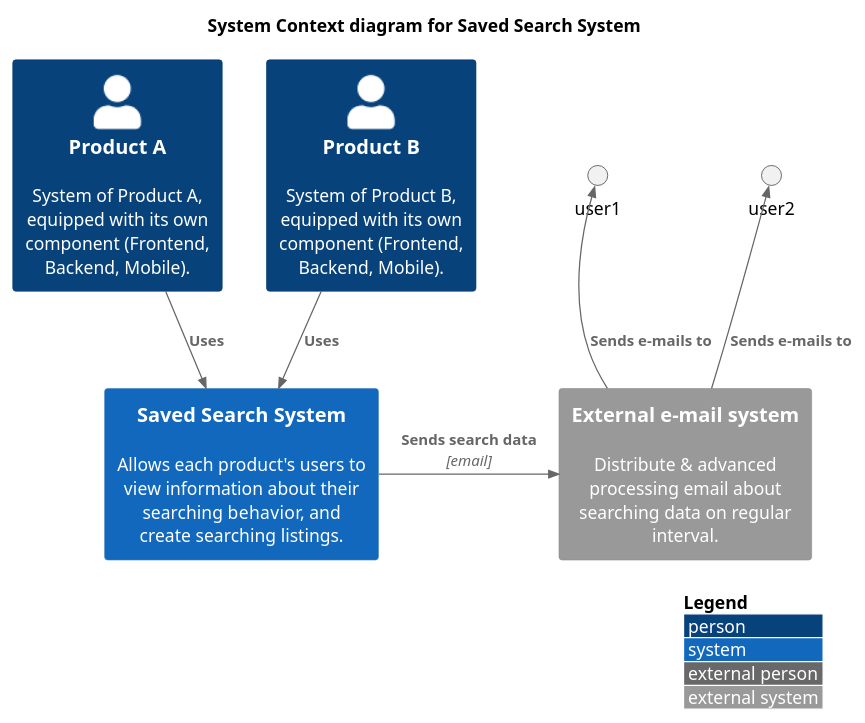
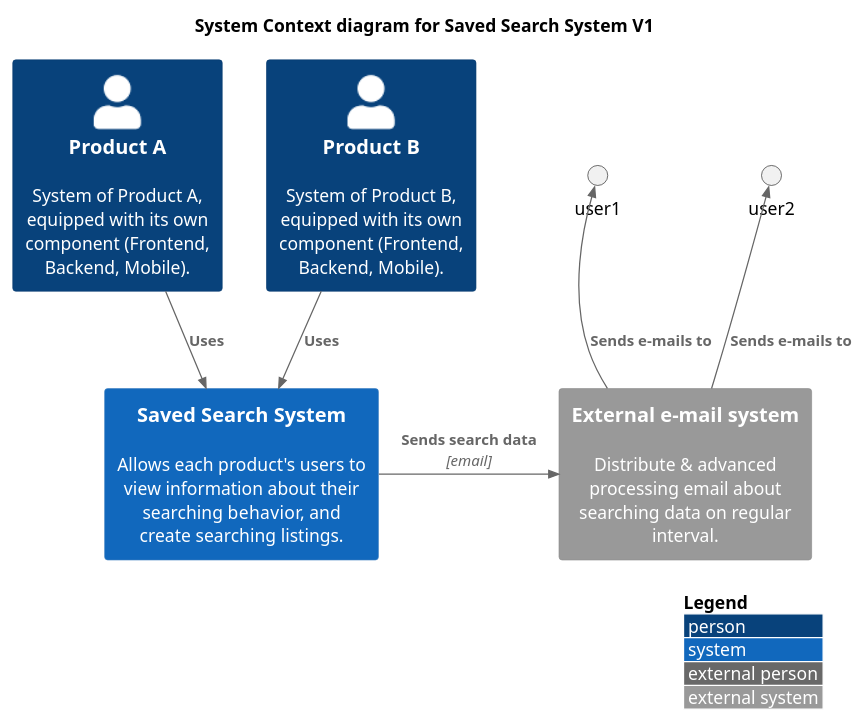
One commit to djiwandou/scaleup changed the diagram in figures/system-contextv1.puml. Above: the diagram before and after it, drawn with PlantUML. The commit also changed 2 other files, not shown here.

Commit message:
Graph: Add version to the context diagram

```diff
--- a/figures/system-contextv1.puml
+++ b/figures/system-contextv1.puml
@@ -1,20 +1,20 @@
 @startuml
 '!include https://raw.githubusercontent.com/plantuml-stdlib/C4-PlantUML/master/C4_Context.puml
 ' uncomment the following line and comment the first to use locally
  !include C4_Context.puml
 
 LAYOUT_WITH_LEGEND()
 
-title System Context diagram for Saved Search System
+title System Context diagram for Saved Search System V1
 
 Person(product1, "Product A", "System of Product A, equipped with its own component (Frontend, Backend, Mobile).")
 Person(product2, "Product B", "System of Product B, equipped with its own component (Frontend, Backend, Mobile).")
 System(saved_search_system, "Saved Search System", "Allows each product's users to view information about their searching behavior, and create searching listings.")
 
 System_Ext(mail_system, "External e-mail system", "Distribute & advanced processing email about searching data on regular interval.")
 Rel(product1, saved_search_system, "Uses")
 Rel(product2, saved_search_system, "Uses")
 Rel_Back(user1, mail_system, "Sends e-mails to")
 Rel_Back(user2, mail_system, "Sends e-mails to")
 Rel_Neighbor(saved_search_system, mail_system, "Sends search data", "email")
 @enduml
```
